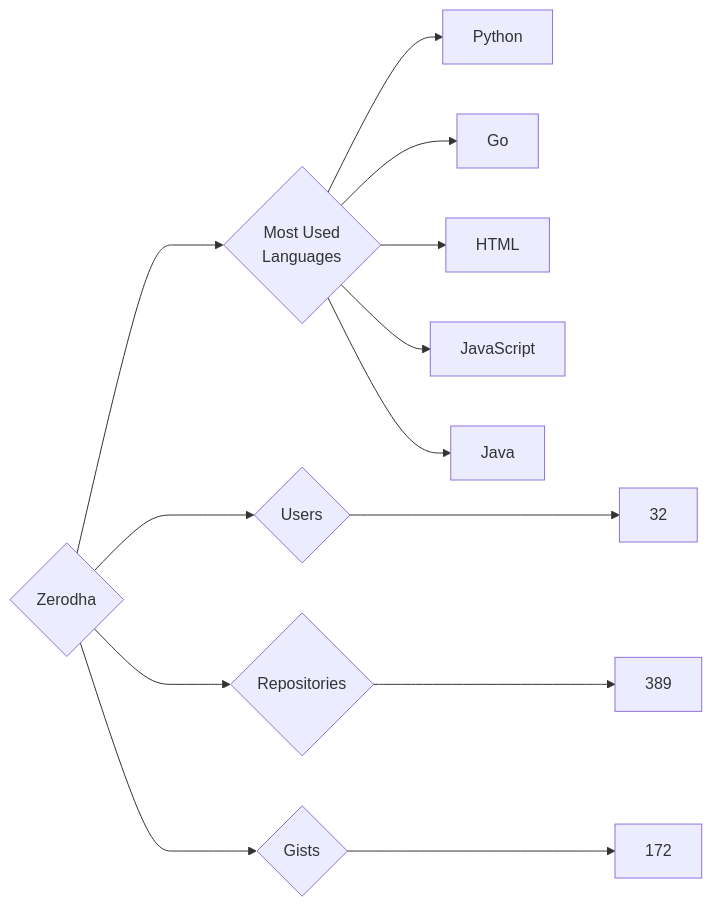
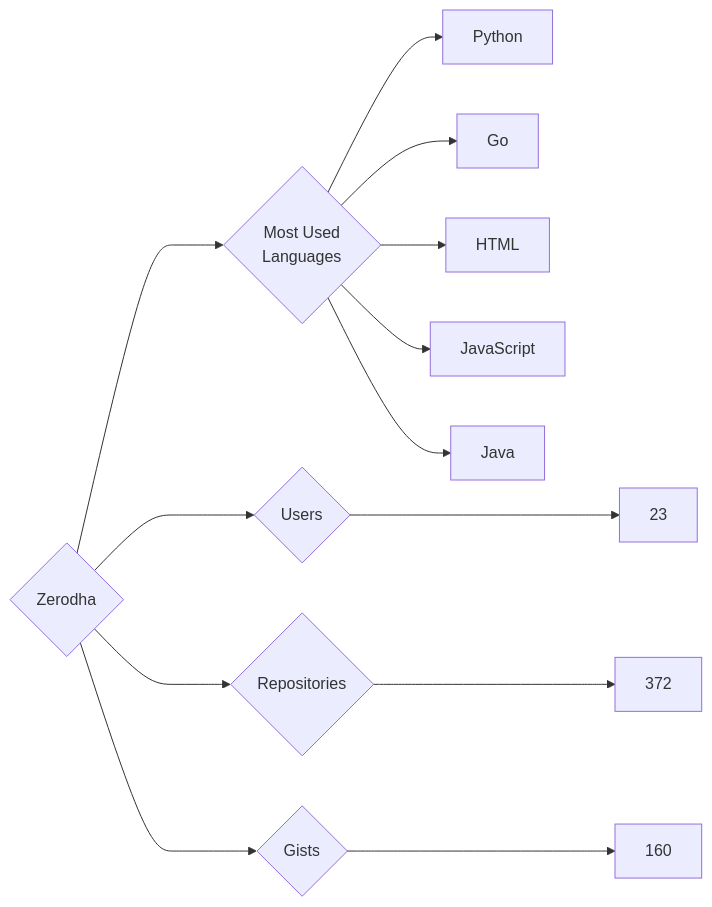
Before and after one commit to trickest/insiders: the diagram in targets/Zerodha/README.md, drawn with Mermaid. The commit also changed 920 other files, not shown here.

````diff
--- a/targets/Zerodha/README.md
+++ b/targets/Zerodha/README.md
@@ -3,13 +3,13 @@
 ```mermaid
 graph LR
 COMPANY_NAME{Zerodha}
-COMPANY_NAME ---> U{Users} ---> UN[32]
-COMPANY_NAME ---> R{Repositories} ---> RN[389]
-COMPANY_NAME ---> G{Gists} ---> GN[172]
+COMPANY_NAME ---> U{Users} ---> UN[23]
+COMPANY_NAME ---> R{Repositories} ---> RN[372]
+COMPANY_NAME ---> G{Gists} ---> GN[160]
 COMPANY_NAME ---> ML{Most Used<br>Languages}
 ML --> Python[Python]
 ML --> Go[Go]
 ML --> HTML[HTML]
 ML --> JavaScript[JavaScript]
 ML --> Java[Java]
 ```
````
